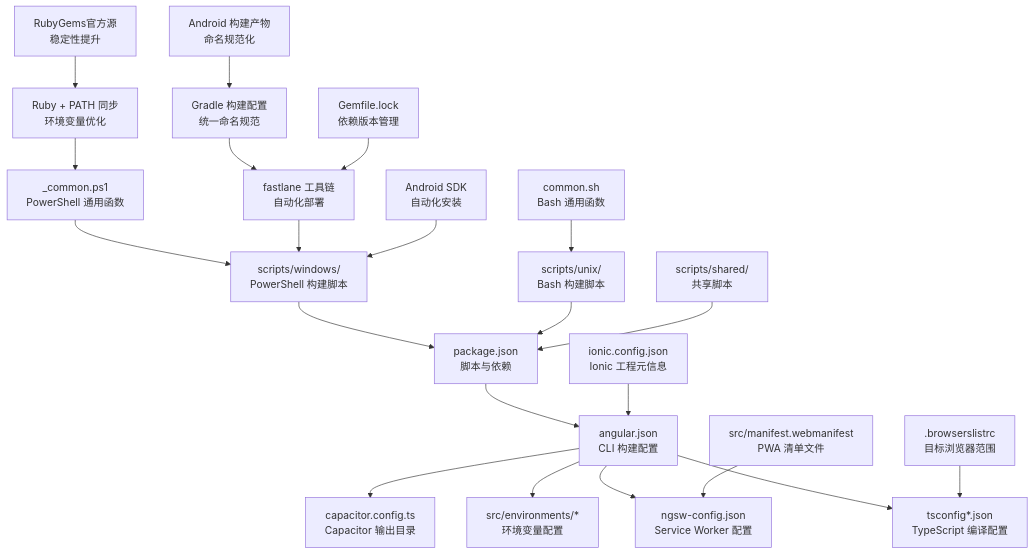
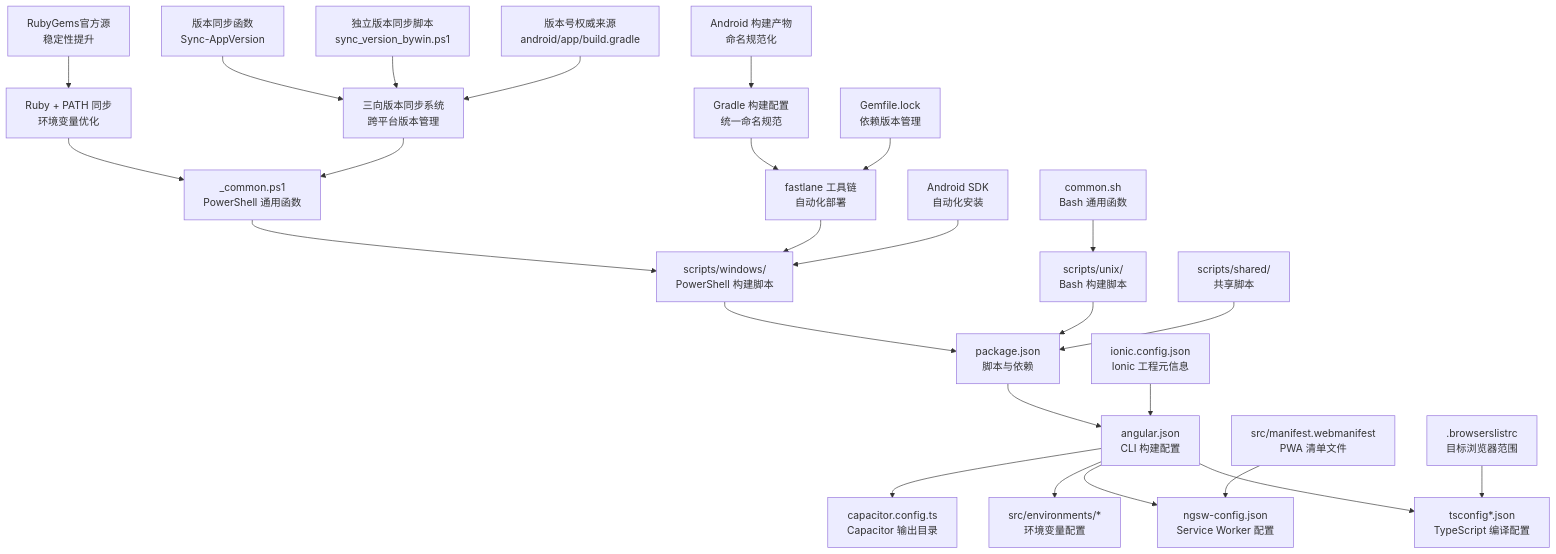
The first of 6 diagrams in .qoder/repowiki/zh/content/构建与部署/构建配置.md (tea4go/Macro-Deck-Client-App), drawn with Mermaid before and after one commit. The commit also changed other lines of this file and 37 other files, not shown here.

````diff
--- a/.qoder/repowiki/zh/content/构建与部署/构建配置.md
+++ b/.qoder/repowiki/zh/content/构建与部署/构建配置.md
@@ -82,23 +80,27 @@
 ```mermaid
 graph TB
 A["angular.json<br/>CLI 构建配置"] --> B["tsconfig*.json<br/>TypeScript 编译配置"]
 A --> C["ngsw-config.json<br/>Service Worker 配置"]
 A --> D["src/environments/*<br/>环境变量配置"]
 A --> E["capacitor.config.ts<br/>Capacitor 输出目录"]
 F["package.json<br/>脚本与依赖"] --> A
 G[".browserslistrc<br/>目标浏览器范围"] --> B
 H["ionic.config.json<br/>Ionic 工程元信息"] --> A
 I["src/manifest.webmanifest<br/>PWA 清单文件"] --> C
 J["scripts/windows/<br/>PowerShell 构建脚本"] --> F
 K["scripts/unix/<br/>Bash 构建脚本"] --> F
 L["scripts/shared/<br/>共享脚本"] --> F
 M["_common.ps1<br/>PowerShell 通用函数"] --> J
 N["common.sh<br/>Bash 通用函数"] --> K
 O["fastlane 工具链<br/>自动化部署"] --> J
 P["Android SDK<br/>自动化安装"] --> J
 Q["Ruby + PATH 同步<br/>环境变量优化"] --> M
 R["Gradle 构建配置<br/>统一命名规范"] --> O
 S["Gemfile.lock<br/>依赖版本管理"] --> O
 T["Android 构建产物<br/>命名规范化"] --> R
 U["RubyGems官方源<br/>稳定性提升"] --> Q
+V["三向版本同步系统<br/>跨平台版本管理"] --> M
+W["版本同步函数<br/>Sync-AppVersion"] --> V
+X["独立版本同步脚本<br/>sync_version_bywin.ps1"] --> V
+Y["版本号权威来源<br/>android/app/build.gradle"] --> V
 ```
````
